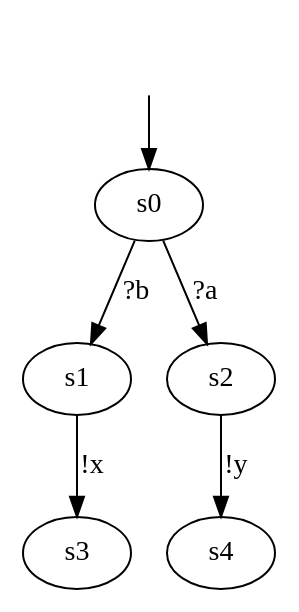
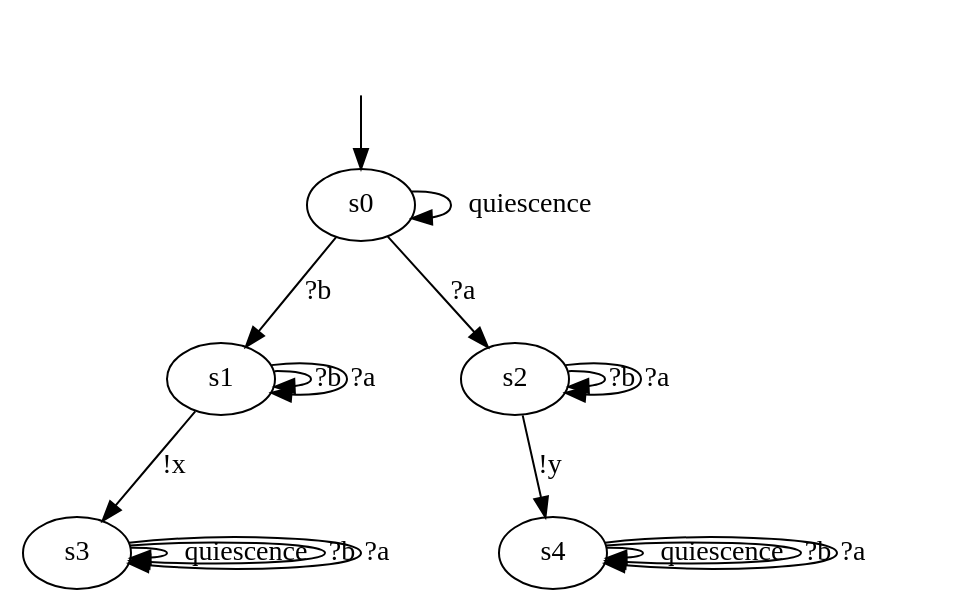
One commit to haubitzer/AALpy changed the diagram in DotModels/Iolts/02_iolts.dot. Above: the diagram before and after it, drawn with Graphviz. The commit also changed 8 other files, not shown here.

```diff
--- a/DotModels/Iolts/02_iolts.dot
+++ b/DotModels/Iolts/02_iolts.dot
@@ -1,13 +1,24 @@
-digraph {
+digraph "../../DotModels/Iolts/02_iolts" {
 s0 [label=s0];
 s1 [label=s1];
 s2 [label=s2];
 s3 [label=s3];
 s4 [label=s4];
+s0 -> s0  [label=quiescence];
 s0 -> s2  [label="?a"];
 s0 -> s1  [label="?b"];
 s1 -> s3  [label="!x"];
+s1 -> s1  [label="?b"];
+s1 -> s1  [label="?a"];
 s2 -> s4  [label="!y"];
+s2 -> s2  [label="?b"];
+s2 -> s2  [label="?a"];
+s3 -> s3  [label=quiescence];
+s3 -> s3  [label="?b"];
+s3 -> s3  [label="?a"];
+s4 -> s4  [label=quiescence];
+s4 -> s4  [label="?b"];
+s4 -> s4  [label="?a"];
 __start0 [label="", shape=none];
 __start0 -> s0  [label=""];
 }
```
